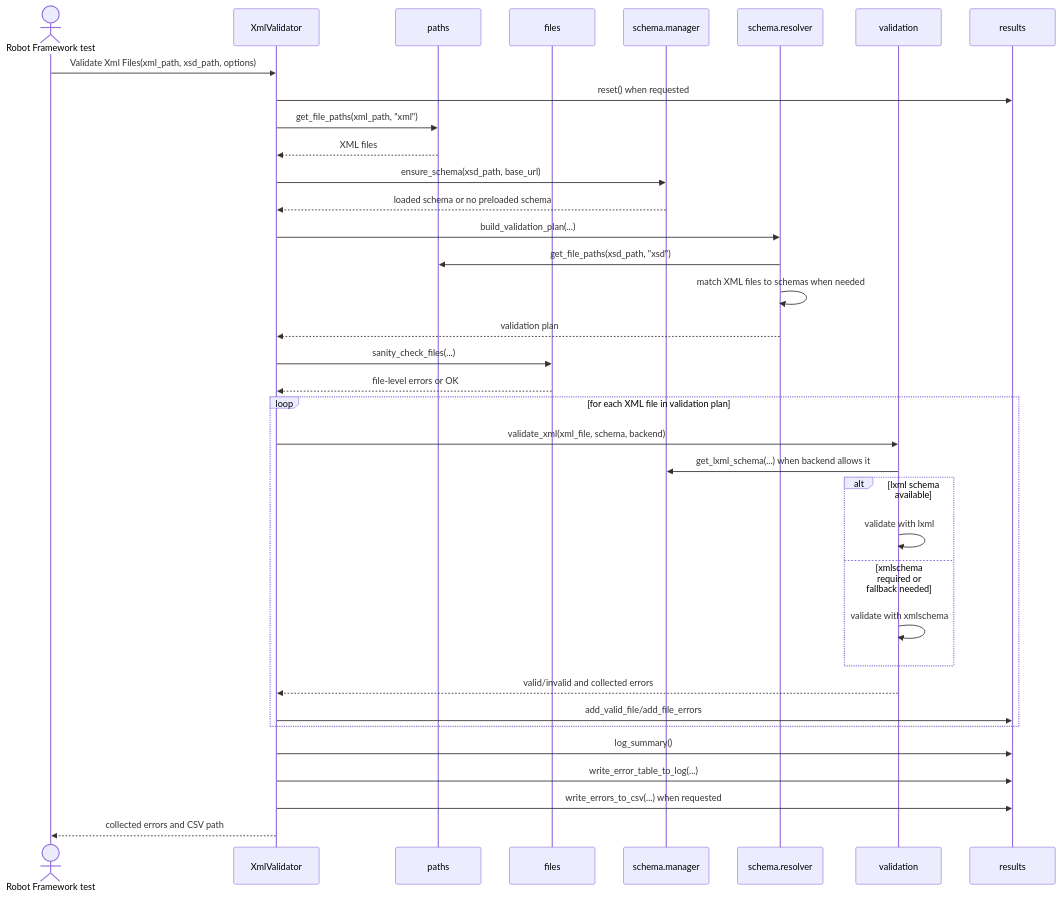
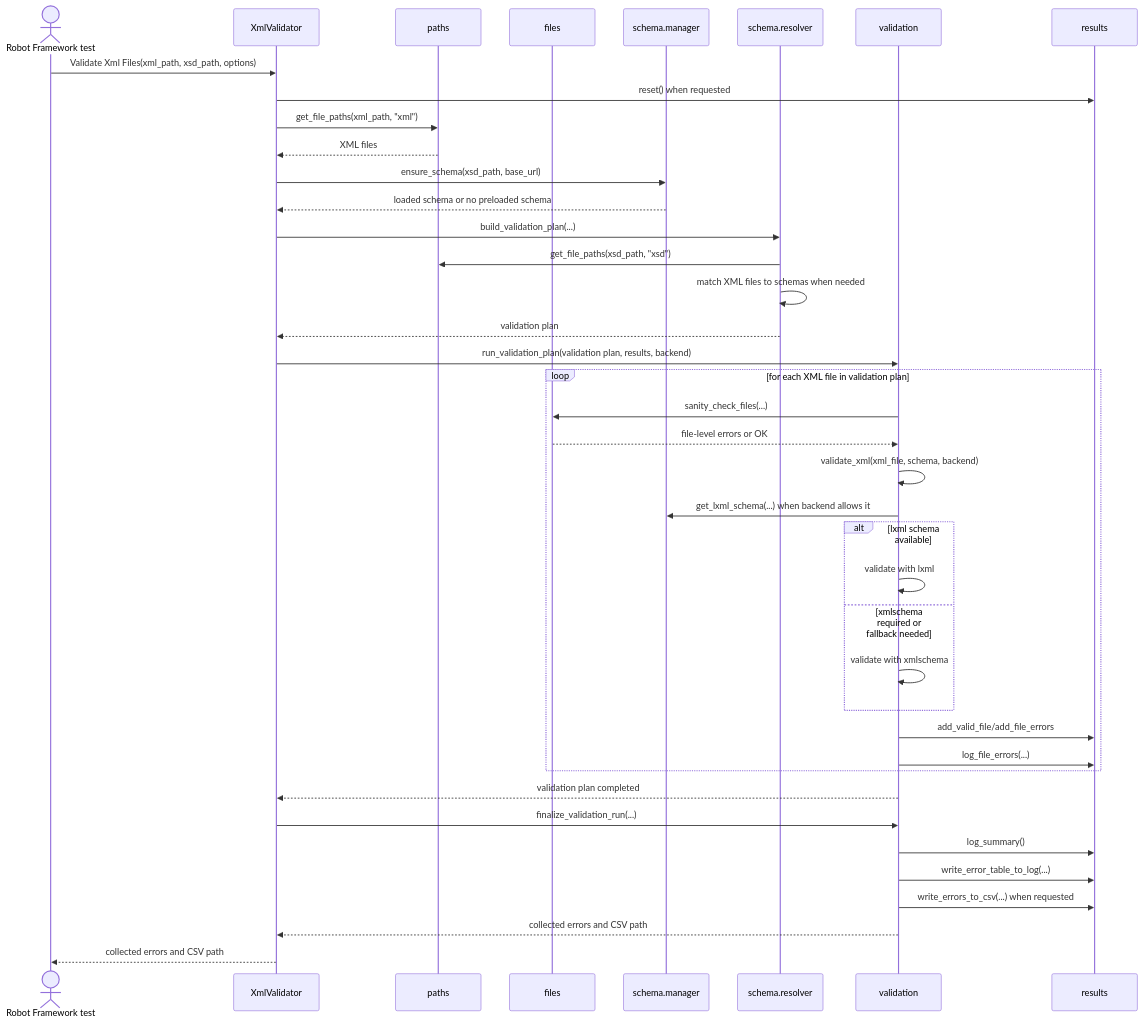
The fourth of 4 diagrams in README.md (MichaelHallik/robotframework-xmlvalidator), drawn with Mermaid before and after one commit. The commit also changed other lines of this file and 31 other files, not shown here.

Commit message:
perf: add backend benchmark reports and update validation flow (#14)

````diff
--- a/README.md
+++ b/README.md
@@ -950,44 +964,48 @@
 ```mermaid
 sequenceDiagram
     actor User as Robot Framework test
     participant Facade as XmlValidator
     participant Paths as paths
     participant Files as files
     participant Manager as schema.manager
     participant Resolver as schema.resolver
     participant Runner as validation
     participant Results as results
 
     User->>Facade: Validate Xml Files(xml_path, xsd_path, options)
     Facade->>Results: reset() when requested
     Facade->>Paths: get_file_paths(xml_path, "xml")
     Paths-->>Facade: XML files
 
     Facade->>Manager: ensure_schema(xsd_path, base_url)
     Manager-->>Facade: loaded schema or no preloaded schema
 
     Facade->>Resolver: build_validation_plan(...)
     Resolver->>Paths: get_file_paths(xsd_path, "xsd")
     Resolver->>Resolver: match XML files to schemas when needed
     Resolver-->>Facade: validation plan
 
-    Facade->>Files: sanity_check_files(...)
-    Files-->>Facade: file-level errors or OK
+    Facade->>Runner: run_validation_plan(validation plan, results, backend)
 
     loop for each XML file in validation plan
-        Facade->>Runner: validate_xml(xml_file, schema, backend)
+        Runner->>Files: sanity_check_files(...)
+        Files-->>Runner: file-level errors or OK
+        Runner->>Runner: validate_xml(xml_file, schema, backend)
         Runner->>Manager: get_lxml_schema(...) when backend allows it
         alt lxml schema available
             Runner->>Runner: validate with lxml
         else xmlschema required or fallback needed
             Runner->>Runner: validate with xmlschema
         end
-        Runner-->>Facade: valid/invalid and collected errors
-        Facade->>Results: add_valid_file/add_file_errors
+        Runner->>Results: add_valid_file/add_file_errors
+        Runner->>Results: log_file_errors(...)
     end
 
-    Facade->>Results: log_summary()
-    Facade->>Results: write_error_table_to_log(...)
-    Facade->>Results: write_errors_to_csv(...) when requested
+    Runner-->>Facade: validation plan completed
+    Facade->>Runner: finalize_validation_run(...)
+    Runner->>Results: log_summary()
+    Runner->>Results: write_error_table_to_log(...)
+    Runner->>Results: write_errors_to_csv(...) when requested
+    Runner-->>Facade: collected errors and CSV path
     Facade-->>User: collected errors and CSV path
 ```
````
